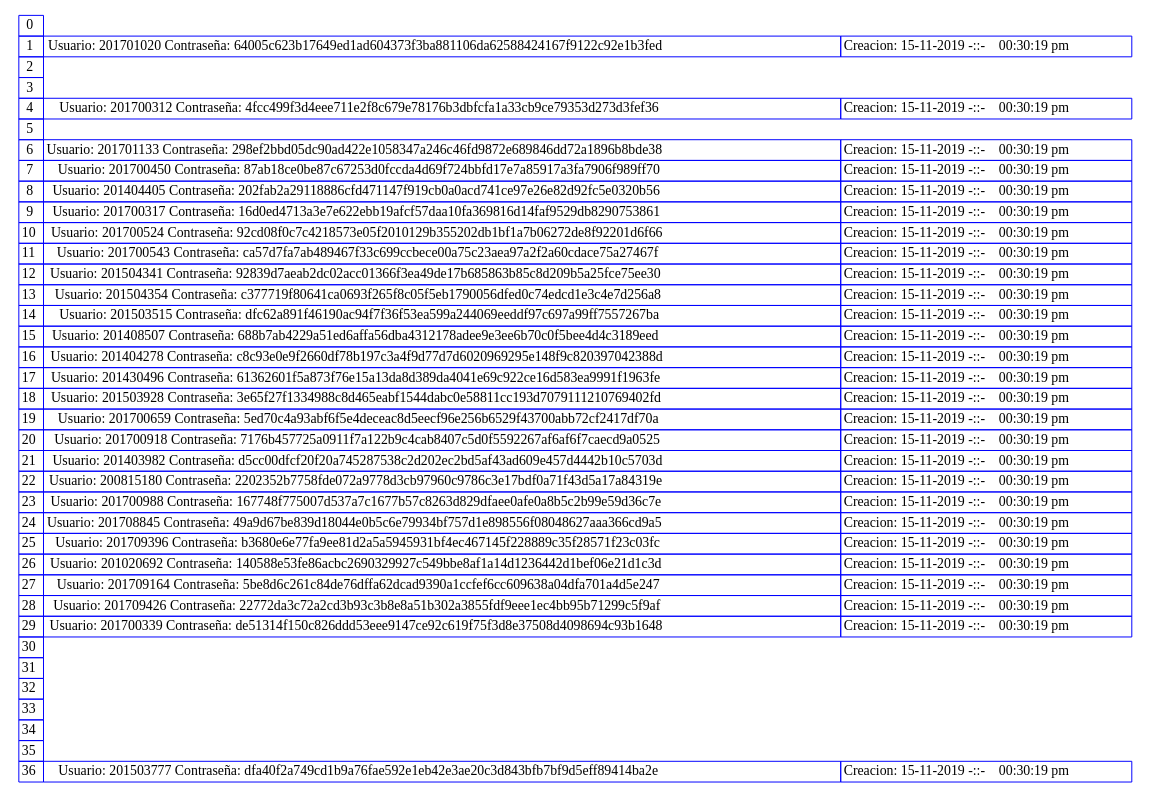
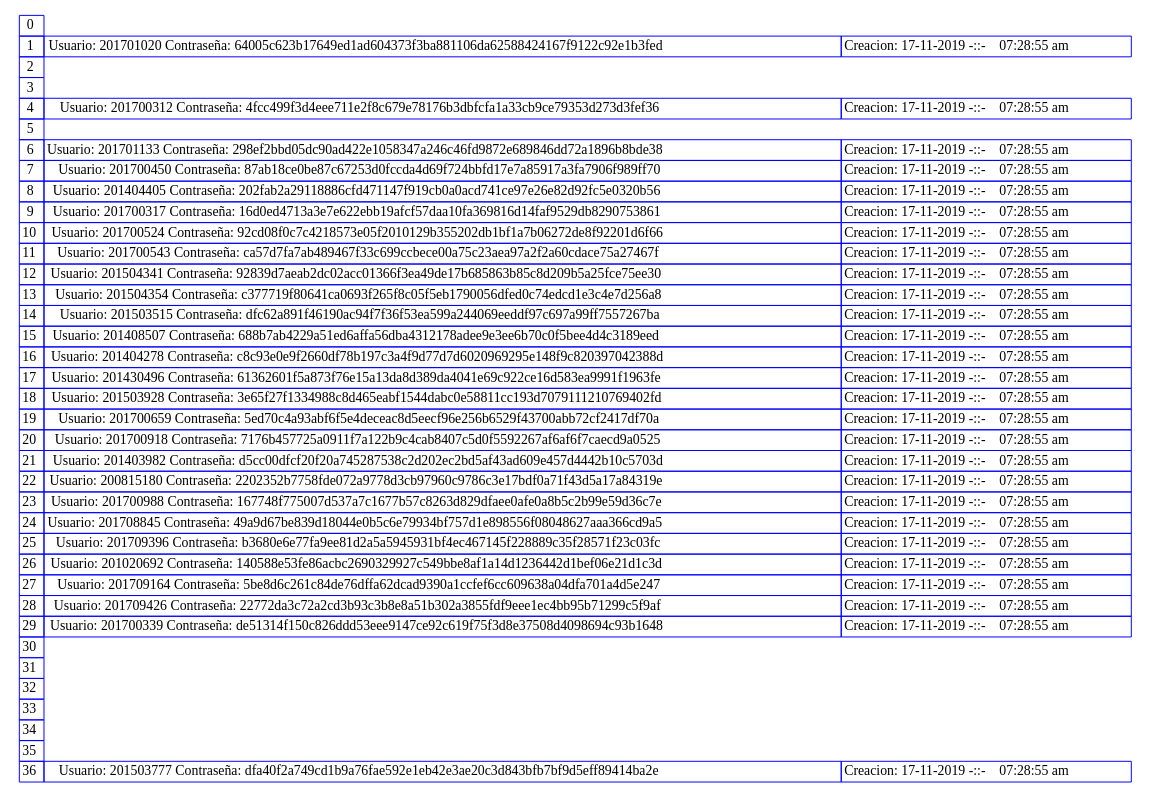
The diagram in Reportes/TablaHash.dot (CSuy/EDD_2S2019_PY2_201700918), drawn with Graphviz before and after one commit. The commit also changed 15 other files, not shown here.

```diff
--- a/Reportes/TablaHash.dot
+++ b/Reportes/TablaHash.dot
@@ -1,46 +1,46 @@
 digraph guia{ 
 tbl [
 shape=plaintext
 label=<
 <table border='0' cellborder='1' color='blue' cellspacing='0'>
 <tr><td>0</td></tr> 
-<tr><td>1</td><td>Usuario: 201701020 Contraseña: 64005c623b17649ed1ad604373f3ba881106da62588424167f9122c92e1b3fed</td><td> Creacion: 15-11-2019 -::-    00:30:19 pm</td></tr> 
+<tr><td>1</td><td>Usuario: 201701020 Contraseña: 64005c623b17649ed1ad604373f3ba881106da62588424167f9122c92e1b3fed</td><td> Creacion: 17-11-2019 -::-    07:28:55 am</td></tr> 
 <tr><td>2</td></tr> 
 <tr><td>3</td></tr> 
-<tr><td>4</td><td>Usuario: 201700312 Contraseña: 4fcc499f3d4eee711e2f8c679e78176b3dbfcfa1a33cb9ce79353d273d3fef36</td><td> Creacion: 15-11-2019 -::-    00:30:19 pm</td></tr> 
+<tr><td>4</td><td>Usuario: 201700312 Contraseña: 4fcc499f3d4eee711e2f8c679e78176b3dbfcfa1a33cb9ce79353d273d3fef36</td><td> Creacion: 17-11-2019 -::-    07:28:55 am</td></tr> 
 <tr><td>5</td></tr> 
-<tr><td>6</td><td>Usuario: 201701133 Contraseña: 298ef2bbd05dc90ad422e1058347a246c46fd9872e689846dd72a1896b8bde38</td><td> Creacion: 15-11-2019 -::-    00:30:19 pm</td></tr> 
-<tr><td>7</td><td>Usuario: 201700450 Contraseña: 87ab18ce0be87c67253d0fccda4d69f724bbfd17e7a85917a3fa7906f989ff70</td><td> Creacion: 15-11-2019 -::-    00:30:19 pm</td></tr> 
-<tr><td>8</td><td>Usuario: 201404405 Contraseña: 202fab2a29118886cfd471147f919cb0a0acd741ce97e26e82d92fc5e0320b56</td><td> Creacion: 15-11-2019 -::-    00:30:19 pm</td></tr> 
-<tr><td>9</td><td>Usuario: 201700317 Contraseña: 16d0ed4713a3e7e622ebb19afcf57daa10fa369816d14faf9529db8290753861</td><td> Creacion: 15-11-2019 -::-    00:30:19 pm</td></tr> 
-<tr><td>10</td><td>Usuario: 201700524 Contraseña: 92cd08f0c7c4218573e05f2010129b355202db1bf1a7b06272de8f92201d6f66</td><td> Creacion: 15-11-2019 -::-    00:30:19 pm</td></tr> 
-<tr><td>11</td><td>Usuario: 201700543 Contraseña: ca57d7fa7ab489467f33c699ccbece00a75c23aea97a2f2a60cdace75a27467f</td><td> Creacion: 15-11-2019 -::-    00:30:19 pm</td></tr> 
-<tr><td>12</td><td>Usuario: 201504341 Contraseña: 92839d7aeab2dc02acc01366f3ea49de17b685863b85c8d209b5a25fce75ee30</td><td> Creacion: 15-11-2019 -::-    00:30:19 pm</td></tr> 
-<tr><td>13</td><td>Usuario: 201504354 Contraseña: c377719f80641ca0693f265f8c05f5eb1790056dfed0c74edcd1e3c4e7d256a8</td><td> Creacion: 15-11-2019 -::-    00:30:19 pm</td></tr> 
-<tr><td>14</td><td>Usuario: 201503515 Contraseña: dfc62a891f46190ac94f7f36f53ea599a244069eeddf97c697a99ff7557267ba</td><td> Creacion: 15-11-2019 -::-    00:30:19 pm</td></tr> 
-<tr><td>15</td><td>Usuario: 201408507 Contraseña: 688b7ab4229a51ed6affa56dba4312178adee9e3ee6b70c0f5bee4d4c3189eed</td><td> Creacion: 15-11-2019 -::-    00:30:19 pm</td></tr> 
-<tr><td>16</td><td>Usuario: 201404278 Contraseña: c8c93e0e9f2660df78b197c3a4f9d77d7d6020969295e148f9c820397042388d</td><td> Creacion: 15-11-2019 -::-    00:30:19 pm</td></tr> 
-<tr><td>17</td><td>Usuario: 201430496 Contraseña: 61362601f5a873f76e15a13da8d389da4041e69c922ce16d583ea9991f1963fe</td><td> Creacion: 15-11-2019 -::-    00:30:19 pm</td></tr> 
-<tr><td>18</td><td>Usuario: 201503928 Contraseña: 3e65f27f1334988c8d465eabf1544dabc0e58811cc193d7079111210769402fd</td><td> Creacion: 15-11-2019 -::-    00:30:19 pm</td></tr> 
-<tr><td>19</td><td>Usuario: 201700659 Contraseña: 5ed70c4a93abf6f5e4deceac8d5eecf96e256b6529f43700abb72cf2417df70a</td><td> Creacion: 15-11-2019 -::-    00:30:19 pm</td></tr> 
-<tr><td>20</td><td>Usuario: 201700918 Contraseña: 7176b457725a0911f7a122b9c4cab8407c5d0f5592267af6af6f7caecd9a0525</td><td> Creacion: 15-11-2019 -::-    00:30:19 pm</td></tr> 
-<tr><td>21</td><td>Usuario: 201403982 Contraseña: d5cc00dfcf20f20a745287538c2d202ec2bd5af43ad609e457d4442b10c5703d</td><td> Creacion: 15-11-2019 -::-    00:30:19 pm</td></tr> 
-<tr><td>22</td><td>Usuario: 200815180 Contraseña: 2202352b7758fde072a9778d3cb97960c9786c3e17bdf0a71f43d5a17a84319e</td><td> Creacion: 15-11-2019 -::-    00:30:19 pm</td></tr> 
-<tr><td>23</td><td>Usuario: 201700988 Contraseña: 167748f775007d537a7c1677b57c8263d829dfaee0afe0a8b5c2b99e59d36c7e</td><td> Creacion: 15-11-2019 -::-    00:30:19 pm</td></tr> 
-<tr><td>24</td><td>Usuario: 201708845 Contraseña: 49a9d67be839d18044e0b5c6e79934bf757d1e898556f08048627aaa366cd9a5</td><td> Creacion: 15-11-2019 -::-    00:30:19 pm</td></tr> 
-<tr><td>25</td><td>Usuario: 201709396 Contraseña: b3680e6e77fa9ee81d2a5a5945931bf4ec467145f228889c35f28571f23c03fc</td><td> Creacion: 15-11-2019 -::-    00:30:19 pm</td></tr> 
-<tr><td>26</td><td>Usuario: 201020692 Contraseña: 140588e53fe86acbc2690329927c549bbe8af1a14d1236442d1bef06e21d1c3d</td><td> Creacion: 15-11-2019 -::-    00:30:19 pm</td></tr> 
-<tr><td>27</td><td>Usuario: 201709164 Contraseña: 5be8d6c261c84de76dffa62dcad9390a1ccfef6cc609638a04dfa701a4d5e247</td><td> Creacion: 15-11-2019 -::-    00:30:19 pm</td></tr> 
-<tr><td>28</td><td>Usuario: 201709426 Contraseña: 22772da3c72a2cd3b93c3b8e8a51b302a3855fdf9eee1ec4bb95b71299c5f9af</td><td> Creacion: 15-11-2019 -::-    00:30:19 pm</td></tr> 
-<tr><td>29</td><td>Usuario: 201700339 Contraseña: de51314f150c826ddd53eee9147ce92c619f75f3d8e37508d4098694c93b1648</td><td> Creacion: 15-11-2019 -::-    00:30:19 pm</td></tr> 
+<tr><td>6</td><td>Usuario: 201701133 Contraseña: 298ef2bbd05dc90ad422e1058347a246c46fd9872e689846dd72a1896b8bde38</td><td> Creacion: 17-11-2019 -::-    07:28:55 am</td></tr> 
+<tr><td>7</td><td>Usuario: 201700450 Contraseña: 87ab18ce0be87c67253d0fccda4d69f724bbfd17e7a85917a3fa7906f989ff70</td><td> Creacion: 17-11-2019 -::-    07:28:55 am</td></tr> 
+<tr><td>8</td><td>Usuario: 201404405 Contraseña: 202fab2a29118886cfd471147f919cb0a0acd741ce97e26e82d92fc5e0320b56</td><td> Creacion: 17-11-2019 -::-    07:28:55 am</td></tr> 
+<tr><td>9</td><td>Usuario: 201700317 Contraseña: 16d0ed4713a3e7e622ebb19afcf57daa10fa369816d14faf9529db8290753861</td><td> Creacion: 17-11-2019 -::-    07:28:55 am</td></tr> 
+<tr><td>10</td><td>Usuario: 201700524 Contraseña: 92cd08f0c7c4218573e05f2010129b355202db1bf1a7b06272de8f92201d6f66</td><td> Creacion: 17-11-2019 -::-    07:28:55 am</td></tr> 
+<tr><td>11</td><td>Usuario: 201700543 Contraseña: ca57d7fa7ab489467f33c699ccbece00a75c23aea97a2f2a60cdace75a27467f</td><td> Creacion: 17-11-2019 -::-    07:28:55 am</td></tr> 
+<tr><td>12</td><td>Usuario: 201504341 Contraseña: 92839d7aeab2dc02acc01366f3ea49de17b685863b85c8d209b5a25fce75ee30</td><td> Creacion: 17-11-2019 -::-    07:28:55 am</td></tr> 
+<tr><td>13</td><td>Usuario: 201504354 Contraseña: c377719f80641ca0693f265f8c05f5eb1790056dfed0c74edcd1e3c4e7d256a8</td><td> Creacion: 17-11-2019 -::-    07:28:55 am</td></tr> 
+<tr><td>14</td><td>Usuario: 201503515 Contraseña: dfc62a891f46190ac94f7f36f53ea599a244069eeddf97c697a99ff7557267ba</td><td> Creacion: 17-11-2019 -::-    07:28:55 am</td></tr> 
+<tr><td>15</td><td>Usuario: 201408507 Contraseña: 688b7ab4229a51ed6affa56dba4312178adee9e3ee6b70c0f5bee4d4c3189eed</td><td> Creacion: 17-11-2019 -::-    07:28:55 am</td></tr> 
+<tr><td>16</td><td>Usuario: 201404278 Contraseña: c8c93e0e9f2660df78b197c3a4f9d77d7d6020969295e148f9c820397042388d</td><td> Creacion: 17-11-2019 -::-    07:28:55 am</td></tr> 
+<tr><td>17</td><td>Usuario: 201430496 Contraseña: 61362601f5a873f76e15a13da8d389da4041e69c922ce16d583ea9991f1963fe</td><td> Creacion: 17-11-2019 -::-    07:28:55 am</td></tr> 
+<tr><td>18</td><td>Usuario: 201503928 Contraseña: 3e65f27f1334988c8d465eabf1544dabc0e58811cc193d7079111210769402fd</td><td> Creacion: 17-11-2019 -::-    07:28:55 am</td></tr> 
+<tr><td>19</td><td>Usuario: 201700659 Contraseña: 5ed70c4a93abf6f5e4deceac8d5eecf96e256b6529f43700abb72cf2417df70a</td><td> Creacion: 17-11-2019 -::-    07:28:55 am</td></tr> 
+<tr><td>20</td><td>Usuario: 201700918 Contraseña: 7176b457725a0911f7a122b9c4cab8407c5d0f5592267af6af6f7caecd9a0525</td><td> Creacion: 17-11-2019 -::-    07:28:55 am</td></tr> 
+<tr><td>21</td><td>Usuario: 201403982 Contraseña: d5cc00dfcf20f20a745287538c2d202ec2bd5af43ad609e457d4442b10c5703d</td><td> Creacion: 17-11-2019 -::-    07:28:55 am</td></tr> 
+<tr><td>22</td><td>Usuario: 200815180 Contraseña: 2202352b7758fde072a9778d3cb97960c9786c3e17bdf0a71f43d5a17a84319e</td><td> Creacion: 17-11-2019 -::-    07:28:55 am</td></tr> 
+<tr><td>23</td><td>Usuario: 201700988 Contraseña: 167748f775007d537a7c1677b57c8263d829dfaee0afe0a8b5c2b99e59d36c7e</td><td> Creacion: 17-11-2019 -::-    07:28:55 am</td></tr> 
+<tr><td>24</td><td>Usuario: 201708845 Contraseña: 49a9d67be839d18044e0b5c6e79934bf757d1e898556f08048627aaa366cd9a5</td><td> Creacion: 17-11-2019 -::-    07:28:55 am</td></tr> 
+<tr><td>25</td><td>Usuario: 201709396 Contraseña: b3680e6e77fa9ee81d2a5a5945931bf4ec467145f228889c35f28571f23c03fc</td><td> Creacion: 17-11-2019 -::-    07:28:55 am</td></tr> 
+<tr><td>26</td><td>Usuario: 201020692 Contraseña: 140588e53fe86acbc2690329927c549bbe8af1a14d1236442d1bef06e21d1c3d</td><td> Creacion: 17-11-2019 -::-    07:28:55 am</td></tr> 
+<tr><td>27</td><td>Usuario: 201709164 Contraseña: 5be8d6c261c84de76dffa62dcad9390a1ccfef6cc609638a04dfa701a4d5e247</td><td> Creacion: 17-11-2019 -::-    07:28:55 am</td></tr> 
+<tr><td>28</td><td>Usuario: 201709426 Contraseña: 22772da3c72a2cd3b93c3b8e8a51b302a3855fdf9eee1ec4bb95b71299c5f9af</td><td> Creacion: 17-11-2019 -::-    07:28:55 am</td></tr> 
+<tr><td>29</td><td>Usuario: 201700339 Contraseña: de51314f150c826ddd53eee9147ce92c619f75f3d8e37508d4098694c93b1648</td><td> Creacion: 17-11-2019 -::-    07:28:55 am</td></tr> 
 <tr><td>30</td></tr> 
 <tr><td>31</td></tr> 
 <tr><td>32</td></tr> 
 <tr><td>33</td></tr> 
 <tr><td>34</td></tr> 
 <tr><td>35</td></tr> 
-<tr><td>36</td><td>Usuario: 201503777 Contraseña: dfa40f2a749cd1b9a76fae592e1eb42e3ae20c3d843bfb7bf9d5eff89414ba2e</td><td> Creacion: 15-11-2019 -::-    00:30:19 pm</td></tr> 
+<tr><td>36</td><td>Usuario: 201503777 Contraseña: dfa40f2a749cd1b9a76fae592e1eb42e3ae20c3d843bfb7bf9d5eff89414ba2e</td><td> Creacion: 17-11-2019 -::-    07:28:55 am</td></tr> 
 
 </table>
 >];
 }
```
